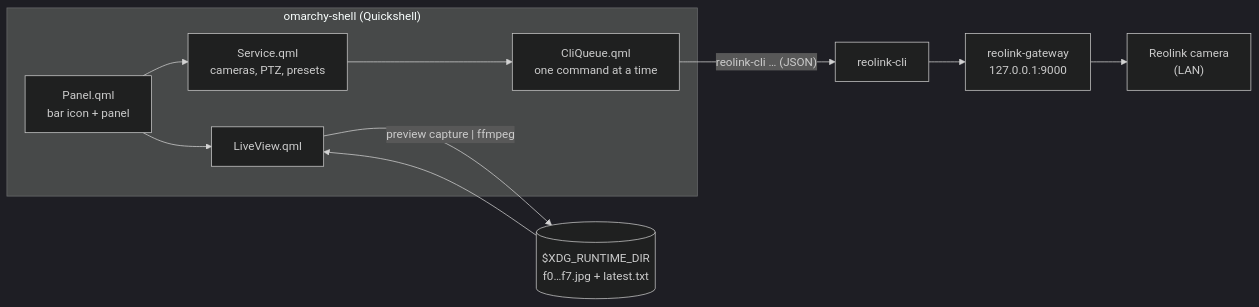
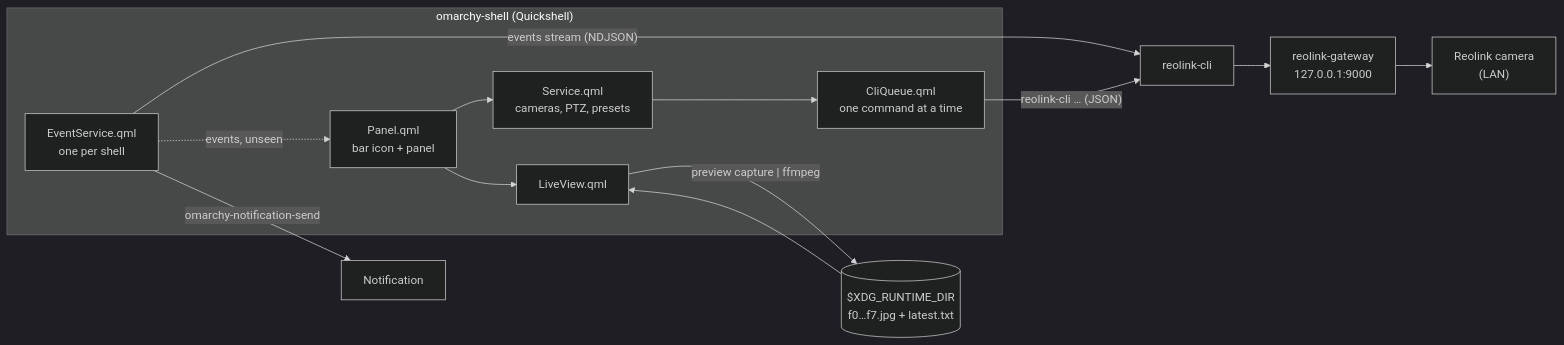
Before and after one commit to opteon-sdc/omarchy-reolink-plugin: the diagram in README.md, drawn with Mermaid (dark theme). The commit also changed other lines of this file and 9 other files, not shown here.

````diff
--- a/README.md
+++ b/README.md
@@ -127,12 +145,15 @@
 ```mermaid
 flowchart LR
   subgraph shell["omarchy-shell (Quickshell)"]
     Panel["Panel.qml<br/>bar icon + panel"] --> Service["Service.qml<br/>cameras, PTZ, presets"]
     Panel --> Live["LiveView.qml"]
     Service --> Queue["CliQueue.qml<br/>one command at a time"]
+    Events["EventService.qml<br/>one per shell"] -.->|"events, unseen"| Panel
   end
+  Events -->|"events stream (NDJSON)"| CLI
+  Events -->|"omarchy-notification-send"| Notify["Notification"]
   Queue -->|"reolink-cli … (JSON)"| CLI["reolink-cli"]
   Live -->|"preview capture | ffmpeg"| Frames[("$XDG_RUNTIME_DIR<br/>f0…f7.jpg + latest.txt")]
   Frames --> Live
   CLI --> GW["reolink-gateway<br/>127.0.0.1:9000"] --> Cam["Reolink camera<br/>(LAN)"]
 ```
````
